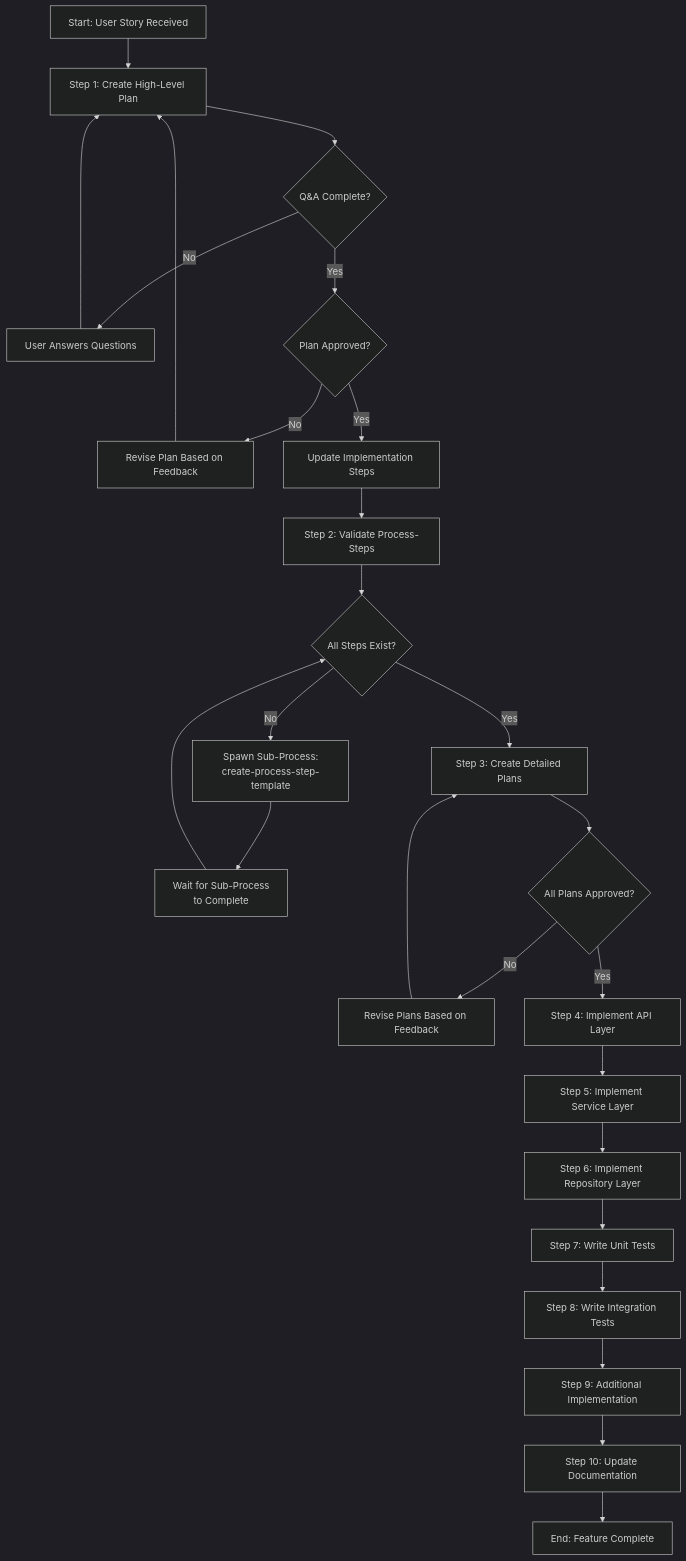
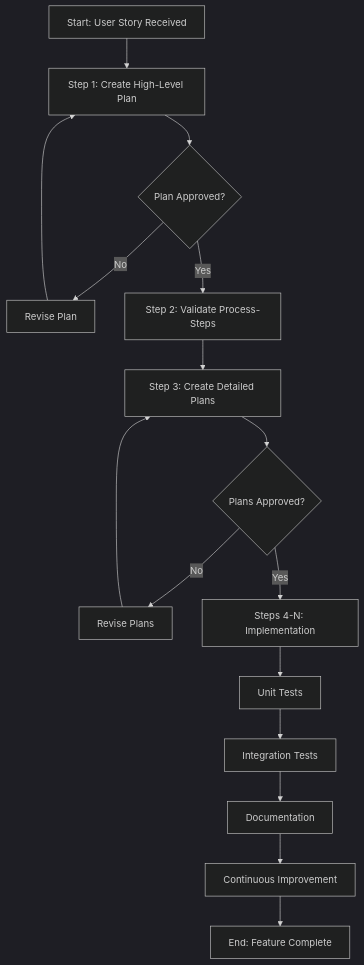
The diagram in .processes/templates/development/develop-user-story.md (HMTools/agentic-processes), drawn with Mermaid (dark theme) before and after one commit. The commit also changed other lines of this file and 77 other files, not shown here.

First line of the commit message:
Transforms to JSON-first agent architecture

````diff
--- a/.processes/templates/development/develop-user-story.md
+++ b/.processes/templates/development/develop-user-story.md
@@ -62,28 +30,18 @@
 ```mermaid
 flowchart TD
     A[Start: User Story Received] --> B[Step 1: Create High-Level Plan]
-    B --> B1{Q&A Complete?}
-    B1 -->|No| B2[User Answers Questions]
-    B2 --> B
-    B1 -->|Yes| C{Plan Approved?}
-    C -->|No| D[Revise Plan Based on Feedback]
+    B --> C{Plan Approved?}
+    C -->|No| D[Revise Plan]
     D --> B
-    C -->|Yes| E[Update Implementation Steps]
-    E --> F[Step 2: Validate Process-Steps]
-    F --> G{All Steps Exist?}
-    G -->|No| H[Spawn Sub-Process:<br/>create-process-step-template]
-    H --> H1[Wait for Sub-Process<br/>to Complete]
-    H1 --> G
-    G -->|Yes| J[Step 3: Create Detailed Plans]
-    J --> K{All Plans Approved?}
-    K -->|No| L[Revise Plans Based on Feedback]
-    L --> J
-    K -->|Yes| M[Step 4: Implement API Layer]
-    M --> N[Step 5: Implement Service Layer]
-    N --> O[Step 6: Implement Repository Layer]
-    O --> P[Step 7: Write Unit Tests]
-    P --> Q[Step 8: Write Integration Tests]
-    Q --> R[Step 9: Additional Implementation]
-    R --> S[Step 10: Update Documentation]
-    S --> T[End: Feature Complete]
+    C -->|Yes| E[Step 2: Validate Process-Steps]
+    E --> F[Step 3: Create Detailed Plans]
+    F --> G{Plans Approved?}
+    G -->|No| H[Revise Plans]
+    H --> F
+    G -->|Yes| I[Steps 4-N: Implementation]
+    I --> J[Unit Tests]
+    J --> K[Integration Tests]
+    K --> L[Documentation]
+    L --> M[Continuous Improvement]
+    M --> N[End: Feature Complete]
 ```
````
